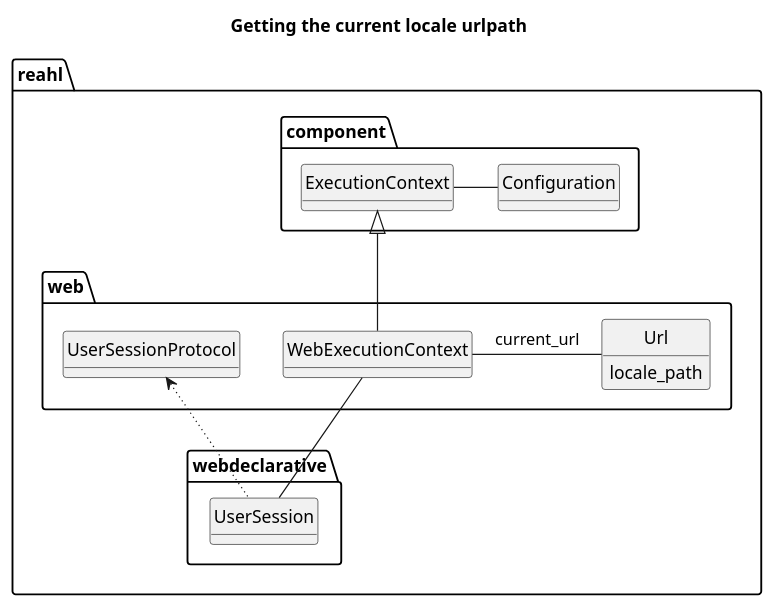
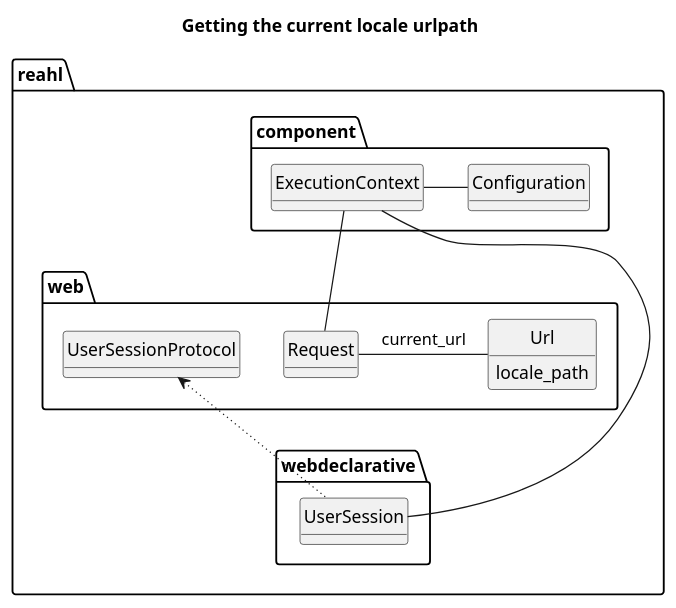
The diagram in reahl-web/reahl/web_dev/advanced/getting_current_locale_urlpath.puml (reahl/reahl), drawn with PlantUML before and after one commit. The commit also changed 87 other files, not shown here.

Commit message:
Refactored WebExecutionContext away; Changed the way ExecutionContext is installed in the call stack

```diff
--- a/reahl-web/reahl/web_dev/advanced/getting_current_locale_urlpath.puml
+++ b/reahl-web/reahl/web_dev/advanced/getting_current_locale_urlpath.puml
@@ -2,37 +2,38 @@
 @startuml
 
 title Getting the current locale urlpath
 
 'hide members
 hide methods
 hide circle
 
 
 package reahl.component{
 	class ExecutionContext
 	class Configuration
 }
 
+package reahl.webdeclarative{
+	class UserSession
+}
+
 package reahl.web{
 	class UserSessionProtocol
-	class WebExecutionContext
+	class Request
 	class Url{
 		locale_path
 	}
 }
 
 
-package reahl.webdeclarative{
-	class UserSession
-}
 
 ExecutionContext -right- Configuration
-ExecutionContext <|-- WebExecutionContext
-WebExecutionContext -right- Url : current_url
+ExecutionContext -- Request
+Request -right- Url : current_url
 UserSessionProtocol <-[dotted]- UserSession
-UserSession -- WebExecutionContext
+UserSession -- ExecutionContext
 
 
 
 
 @enduml
```
